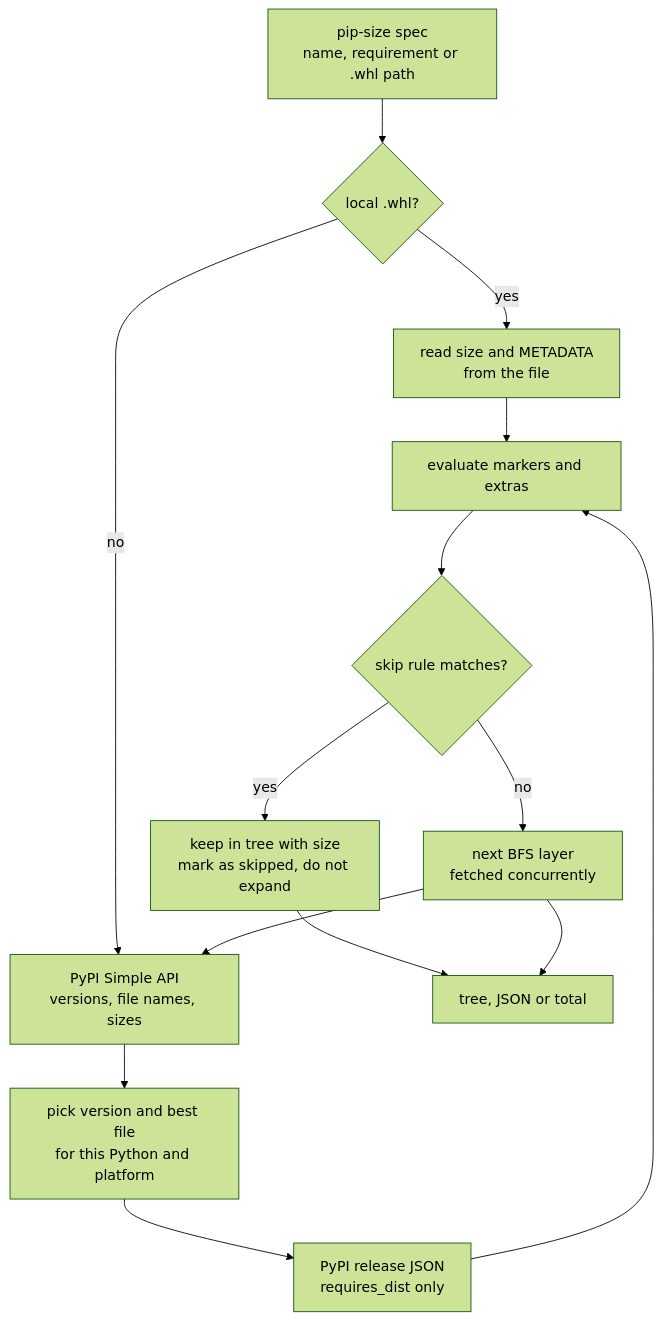
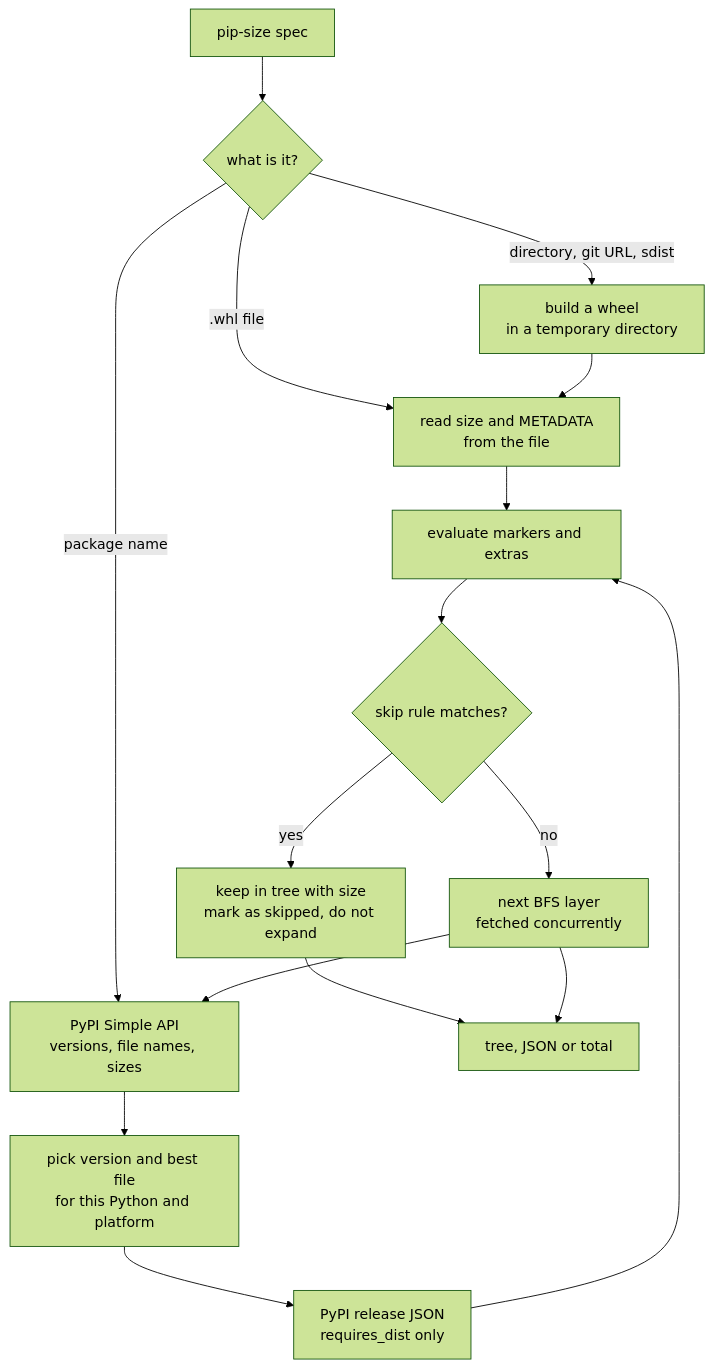
The diagram in docs/concepts/how-it-works.md (MohammadRaziei/pip-size), drawn with Mermaid (forest theme) before and after one commit. The commit also changed other lines of this file and 26 other files, not shown here.

Commit message:
feat: add source build support for pip-size from directories, git URLs, and archives

````diff
--- a/docs/concepts/how-it-works.md
+++ b/docs/concepts/how-it-works.md
@@ -6,16 +6,18 @@
 ```mermaid
 flowchart TB
-    A["pip-size spec<br/>name, requirement or .whl path"] --> B{"local .whl?"}
-    B -- yes --> C["read size and METADATA<br/>from the file"]
-    B -- no --> D["PyPI Simple API<br/>versions, file names, sizes"]
+    A["pip-size spec"] --> B{"what is it?"}
+    B -- ".whl file" --> C["read size and METADATA<br/>from the file"]
+    B -- "directory, git URL, sdist" --> S["build a wheel<br/>in a temporary directory"]
+    S --> C
+    B -- "package name" --> D["PyPI Simple API<br/>versions, file names, sizes"]
     D --> E["pick version and best file<br/>for this Python and platform"]
     E --> F["PyPI release JSON<br/>requires_dist only"]
     C --> G["evaluate markers and extras"]
     F --> G
     G --> H{"skip rule matches?"}
     H -- yes --> I["keep in tree with size<br/>mark as skipped, do not expand"]
     H -- no --> J["next BFS layer<br/>fetched concurrently"]
     J --> D
     I --> K["tree, JSON or total"]
     J --> K
 ```
````
